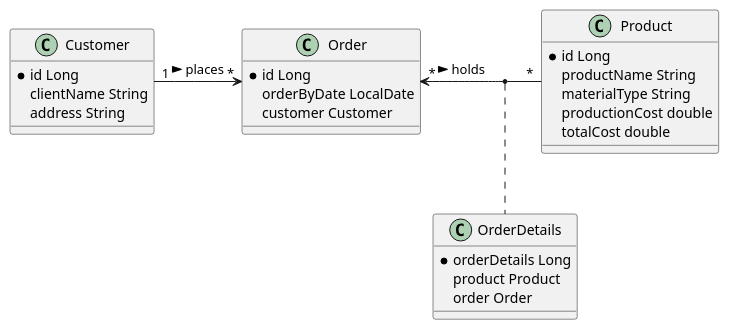
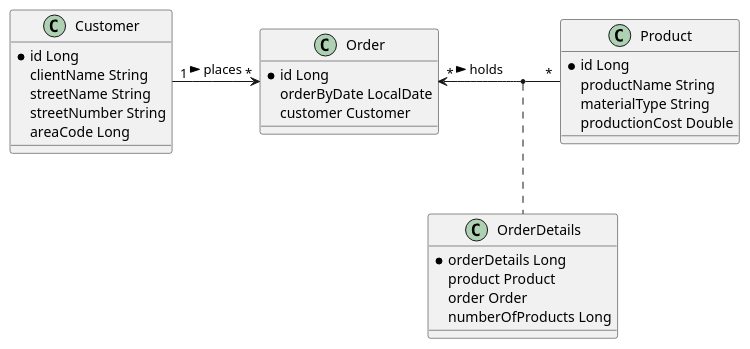
Before and after one commit to 2122-5ahif-nvs/02-microproject-MathiasBal: the diagram in asciidocs/plantuml/cld.puml, drawn with PlantUML. The commit also changed 4 other files, not shown here.

Commit message:
Update class diagram

```diff
--- a/asciidocs/plantuml/cld.puml
+++ b/asciidocs/plantuml/cld.puml
@@ -1,32 +1,34 @@
 @startuml
 
 class Product{
     *id Long
     productName String
     materialType String
-    productionCost double
-    totalCost double
+    productionCost Double
 }
 
 class Order{
     *id Long
     orderByDate LocalDate
     customer Customer
 }
 
 class Customer{
     *id Long
     clientName String
-    address String
+    streetName String
+    streetNumber String
+    areaCode Long
 }
 
 class OrderDetails{
     *orderDetails Long
     product Product
     order Order
+    numberOfProducts Long
 }
 
 Customer "1" -> "*" Order: places >
 Order "*" <- "*" Product: holds >
 (Order, Product) .. OrderDetails
 @enduml
```
